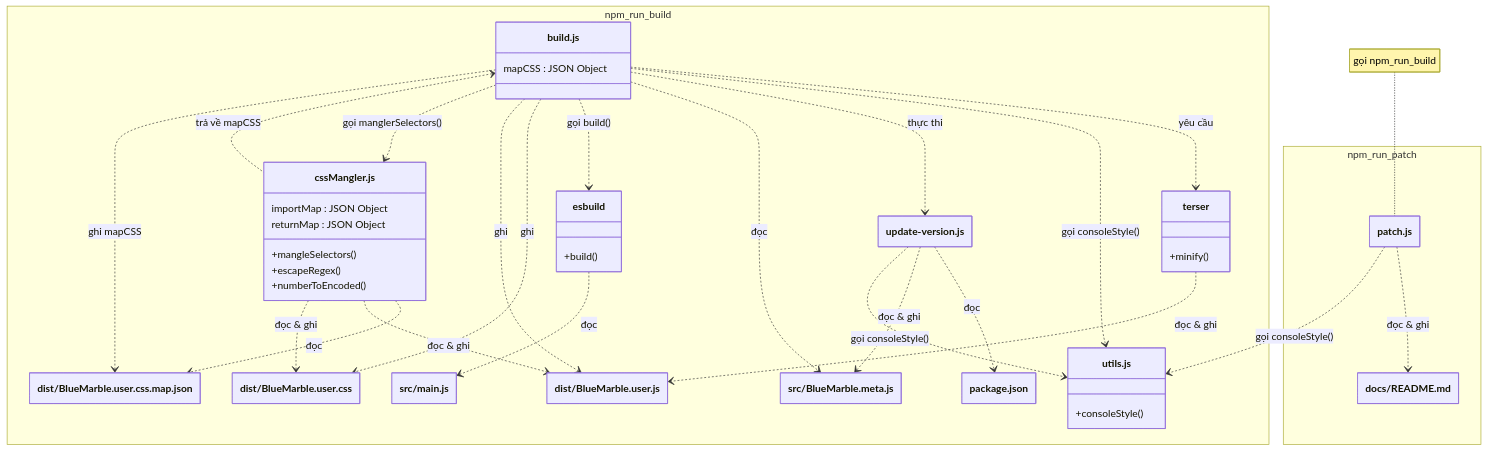
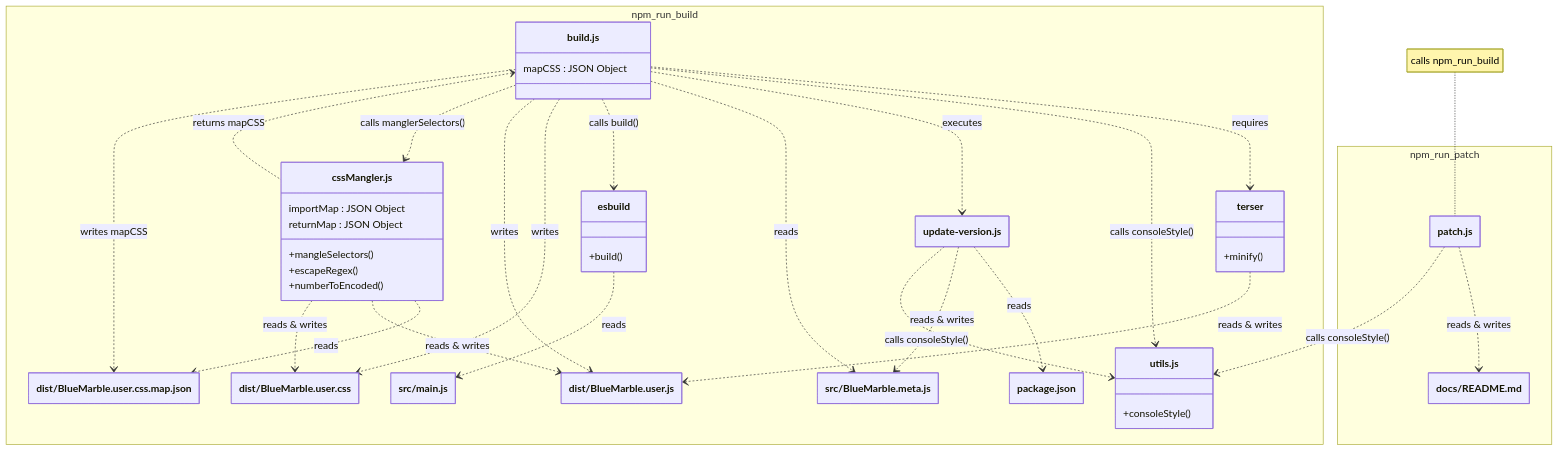
One commit to CheemsGalaxy/BlueMarble-Userscripts-Vietsub changed the second of 2 diagrams in docs/CONTRIBUTING.md. Above: the diagram before and after it, drawn with Mermaid. The commit also changed other lines of this file, not shown here.

Commit message:
Update relationship diagram descriptions in CONTRIBUTING.md

````diff
--- a/docs/CONTRIBUTING.md
+++ b/docs/CONTRIBUTING.md
@@ -303,25 +302,25 @@
     }
   }
 
-  note for `patch.js` "gọi npm_run_build"
-  `build.js` ..> terser : yêu cầu
-  `build.js` ..> `utils.js` : gọi consoleStyle()
-  `build.js` ..> `update-version.js` : thực thi
-  `build.js` ..> `src/BlueMarble.meta.js` : đọc
-  `build.js` ..> esbuild : gọi build()
-  `build.js` ..> `dist/BlueMarble.user.css` : ghi
-  esbuild ..> `src/main.js` : đọc
-  `build.js` ..> `dist/BlueMarble.user.js` : ghi
-  terser ..> `dist/BlueMarble.user.js` : đọc & ghi
-  `build.js` ..> `cssMangler.js` : gọi manglerSelectors()
-  `cssMangler.js` ..> `dist/BlueMarble.user.css.map.json` : đọc
-  `cssMangler.js` ..> `dist/BlueMarble.user.js` : đọc & ghi
-  `cssMangler.js` ..> `dist/BlueMarble.user.css` : đọc & ghi
-  `build.js` <.. `cssMangler.js` : trả về mapCSS
-  `build.js` ..> `dist/BlueMarble.user.css.map.json` : ghi mapCSS
-  `patch.js` ..> `docs/README.md` : đọc & ghi
-  `patch.js` ..> `utils.js` : gọi consoleStyle()
-  `update-version.js` ..> `package.json` : đọc
-  `update-version.js` ..> `src/BlueMarble.meta.js` : đọc & ghi
-  `update-version.js` ..> `utils.js` : gọi consoleStyle()
+  note for `patch.js` "calls npm_run_build"
+  `build.js` ..> terser : requires
+  `build.js` ..> `utils.js` : calls consoleStyle()
+  `build.js` ..> `update-version.js` : executes
+  `build.js` ..> `src/BlueMarble.meta.js` : reads
+  `build.js` ..> esbuild : calls build()
+  `build.js` ..> `dist/BlueMarble.user.css` : writes
+  esbuild ..> `src/main.js` : reads
+  `build.js` ..> `dist/BlueMarble.user.js` : writes
+  terser ..> `dist/BlueMarble.user.js` : reads & writes
+  `build.js` ..> `cssMangler.js` : calls manglerSelectors()
+  `cssMangler.js` ..> `dist/BlueMarble.user.css.map.json` : reads
+  `cssMangler.js` ..> `dist/BlueMarble.user.js` : reads & writes
+  `cssMangler.js` ..> `dist/BlueMarble.user.css` : reads & writes
+  `build.js` <.. `cssMangler.js` : returns mapCSS
+  `build.js` ..> `dist/BlueMarble.user.css.map.json` : writes mapCSS
+  `patch.js` ..> `docs/README.md` : reads & writes
+  `patch.js` ..> `utils.js` : calls consoleStyle()
+  `update-version.js` ..> `package.json` : reads
+  `update-version.js` ..> `src/BlueMarble.meta.js` : reads & writes
+  `update-version.js` ..> `utils.js` : calls consoleStyle()
 ```
````
